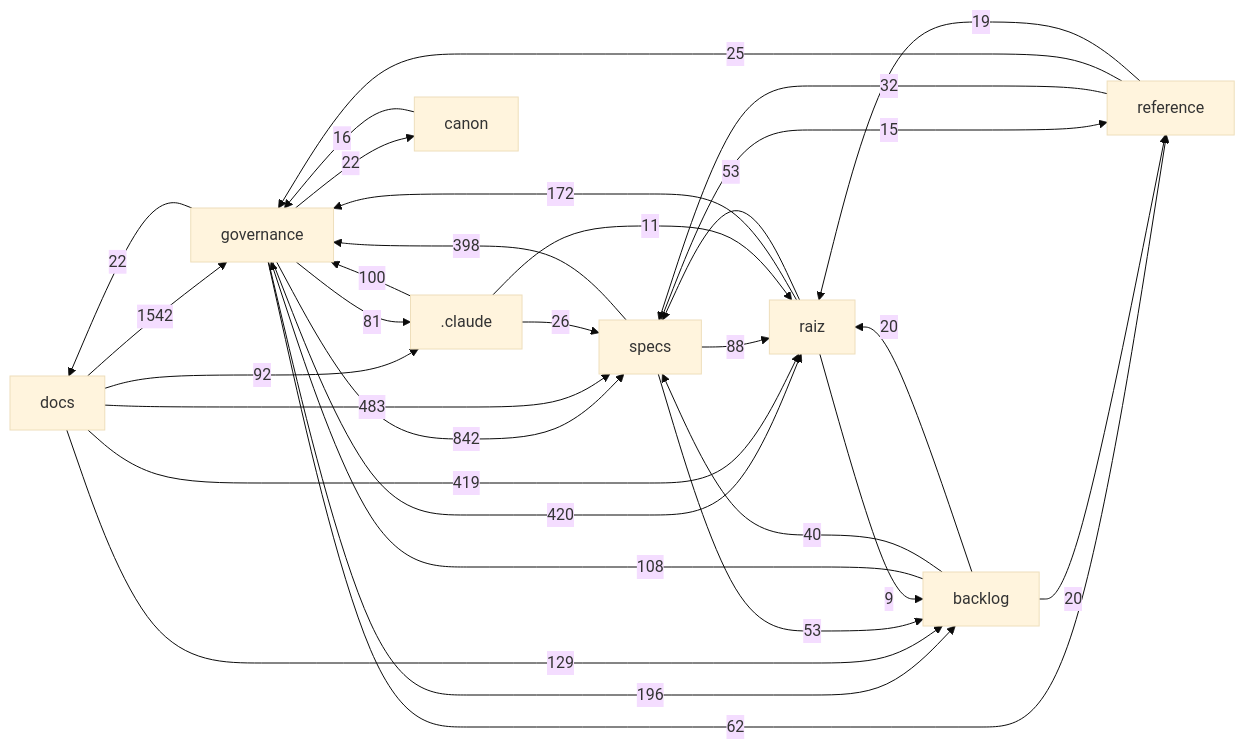
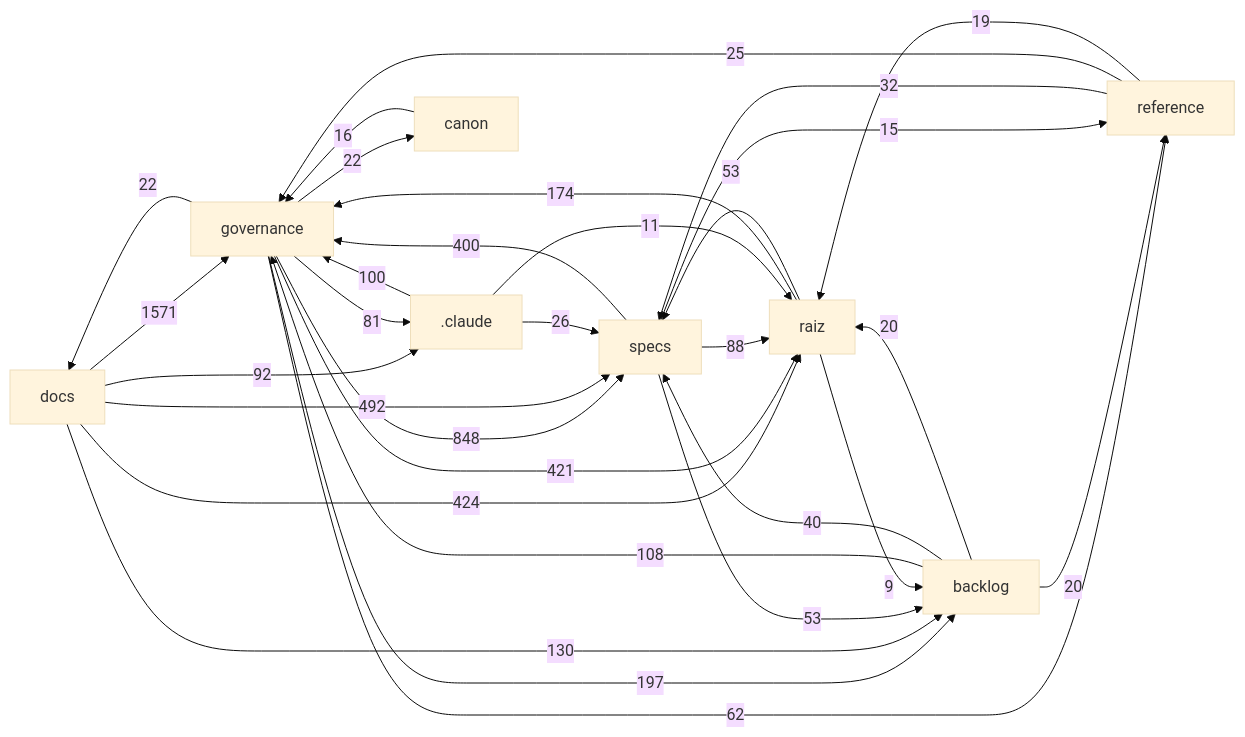
Before and after one commit to Andraus35/Sistema-Operacional-de-Trading--SOT: the diagram in docs/mapa/MAPA-PROJETO.md, drawn with Mermaid (base theme). The commit also changed other lines of this file and 7 other files, not shown here.

````diff
--- a/docs/mapa/MAPA-PROJETO.md
+++ b/docs/mapa/MAPA-PROJETO.md
@@ -29,33 +29,33 @@
 ```mermaid
 flowchart LR
-  docs["docs"] -->|1542| governance["governance"]
-  governance["governance"] -->|842| specs["specs"]
-  docs["docs"] -->|483| specs["specs"]
-  governance["governance"] -->|420| raiz["raiz"]
-  docs["docs"] -->|419| raiz["raiz"]
-  specs["specs"] -->|398| governance["governance"]
-  governance["governance"] -->|196| backlog["backlog"]
-  raiz["raiz"] -->|172| governance["governance"]
-  docs["docs"] -->|129| backlog["backlog"]
+  docs["docs"] -->|1571| governance["governance"]
+  governance["governance"] -->|848| specs["specs"]
+  docs["docs"] -->|492| specs["specs"]
+  docs["docs"] -->|424| raiz["raiz"]
+  governance["governance"] -->|421| raiz["raiz"]
+  specs["specs"] -->|400| governance["governance"]
+  governance["governance"] -->|197| backlog["backlog"]
+  raiz["raiz"] -->|174| governance["governance"]
+  docs["docs"] -->|130| backlog["backlog"]
   backlog["backlog"] -->|108| governance["governance"]
   _claude[".claude"] -->|100| governance["governance"]
   docs["docs"] -->|92| _claude[".claude"]
   specs["specs"] -->|88| raiz["raiz"]
   governance["governance"] -->|81| _claude[".claude"]
   governance["governance"] -->|62| reference["reference"]
   raiz["raiz"] -->|53| specs["specs"]
   specs["specs"] -->|53| backlog["backlog"]
   backlog["backlog"] -->|40| specs["specs"]
   reference["reference"] -->|32| specs["specs"]
   _claude[".claude"] -->|26| specs["specs"]
   reference["reference"] -->|25| governance["governance"]
   governance["governance"] -->|22| docs["docs"]
   governance["governance"] -->|22| canon["canon"]
   backlog["backlog"] -->|20| raiz["raiz"]
   backlog["backlog"] -->|20| reference["reference"]
   reference["reference"] -->|19| raiz["raiz"]
   canon["canon"] -->|16| governance["governance"]
   specs["specs"] -->|15| reference["reference"]
   _claude[".claude"] -->|11| raiz["raiz"]
   raiz["raiz"] -->|9| backlog["backlog"]
 ```
````
